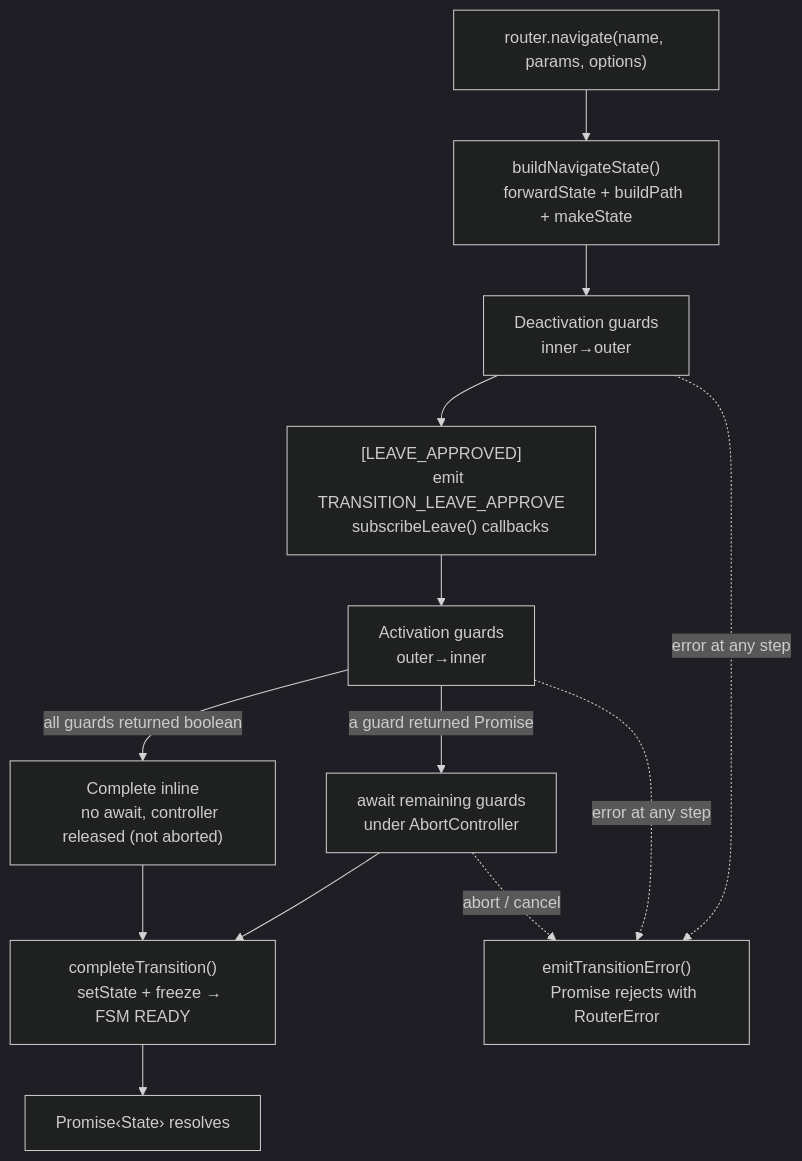
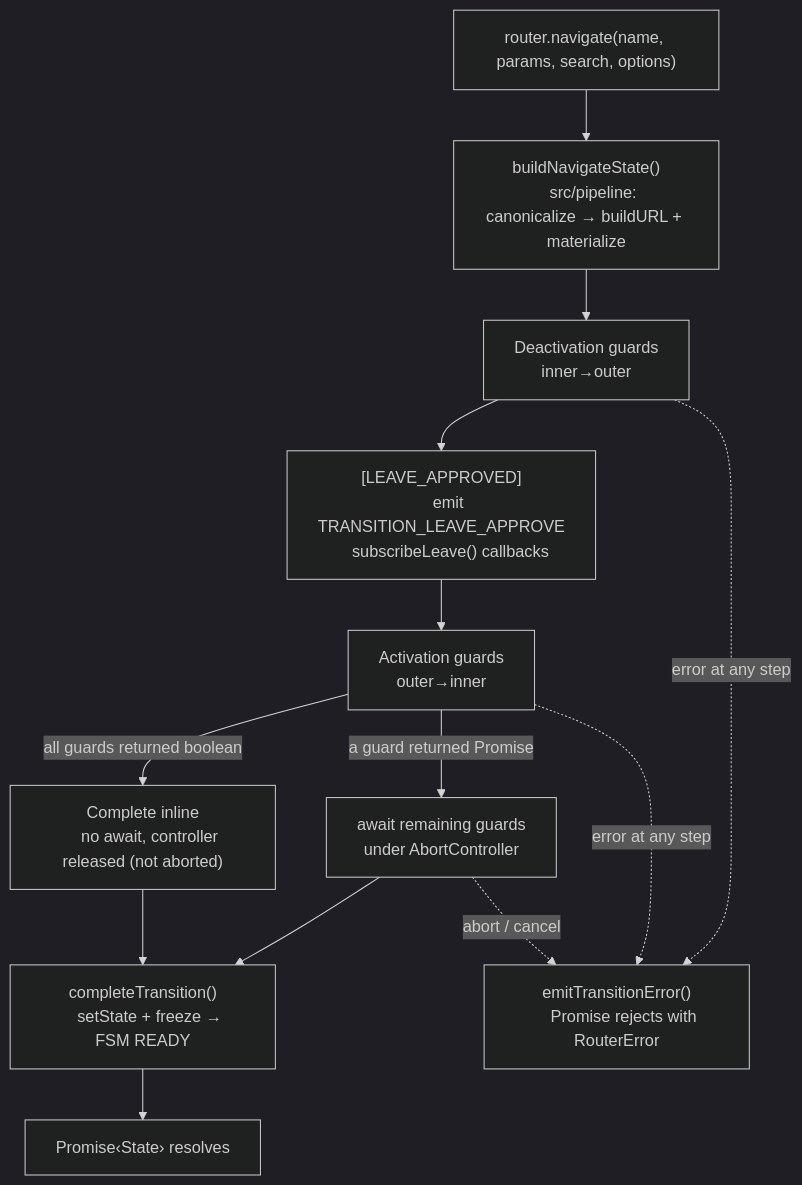
One commit to greydragon888/real-router changed the third of 3 diagrams in ARCHITECTURE.md. Above: the diagram before and after it, drawn with Mermaid (dark theme). The commit also changed other lines of this file and 892 other files, not shown here.

Commit message:
feat(core)!: params and search are separate channels (RFC-4 M2) (#1587)

````diff
--- a/ARCHITECTURE.md
+++ b/ARCHITECTURE.md
@@ -291,35 +291,35 @@
 ```mermaid
 flowchart TD
-    NAV["router.navigate(name, params, options)"] --> BUILD
+    NAV["router.navigate(name, params, search, options)"] --> BUILD
     BUILD["buildNavigateState()
-    forwardState + buildPath + makeState"] --> DEACTIVATE
+    src/pipeline: canonicalize → buildURL + materialize"] --> DEACTIVATE
     DEACTIVATE["Deactivation guards
     inner→outer"]
 
     DEACTIVATE --> LEAVE["[LEAVE_APPROVED]
     emit TRANSITION_LEAVE_APPROVE
     subscribeLeave() callbacks"]
 
     LEAVE --> ACTIVATE["Activation guards
     outer→inner"]
 
     ACTIVATE -->|all guards returned boolean| SYNC
     ACTIVATE -->|a guard returned Promise| ASYNC
 
     SYNC["Complete inline
     no await, controller released (not aborted)"]
     ASYNC["await remaining guards
     under AbortController"]
 
     SYNC --> COMPLETE
     ASYNC --> COMPLETE
 
     COMPLETE["completeTransition()
     setState + freeze → FSM READY"]
     COMPLETE --> RESOLVE["Promise‹State› resolves"]
 
     DEACTIVATE -.->|error at any step| ERR["emitTransitionError()
     Promise rejects with RouterError"]
     ACTIVATE -.->|error at any step| ERR
     ASYNC -.->|abort / cancel| ERR
 ```
````
